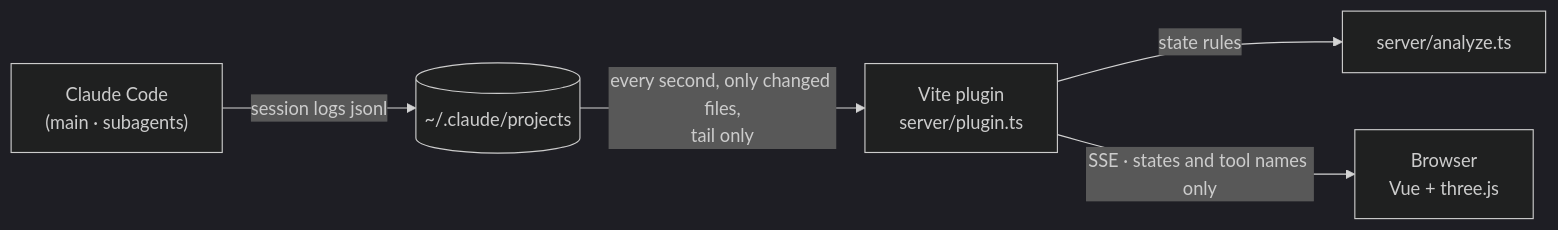
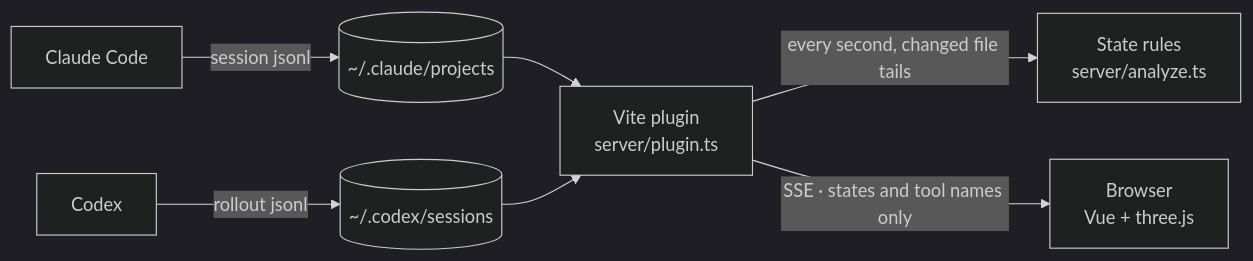
The diagram in README.en.md (NaStillmatic/agent-office), drawn with Mermaid (dark theme) before and after one commit. The commit also changed other lines of this file and 33 other files, not shown here.

````diff
--- a/README.en.md
+++ b/README.en.md
@@ -92,7 +94,9 @@
 ```mermaid
 flowchart LR
-  CC["Claude Code<br/>(main · subagents)"] -- session logs jsonl --> FS[("~/.claude/projects")]
-  FS -- "every second, only changed files,<br/>tail only" --> P["Vite plugin<br/>server/plugin.ts"]
-  P -- state rules --> A["server/analyze.ts"]
+  CC["Claude Code"] -- session jsonl --> FS[("~/.claude/projects")]
+  CX["Codex"] -- rollout jsonl --> CS[("~/.codex/sessions")]
+  FS --> P
+  CS --> P
+  P["Vite plugin<br/>server/plugin.ts"] -- "every second, changed file tails" --> A["State rules<br/>server/analyze.ts"]
   P -- "SSE · states and tool names only" --> UI["Browser<br/>Vue + three.js"]
 ```
````
